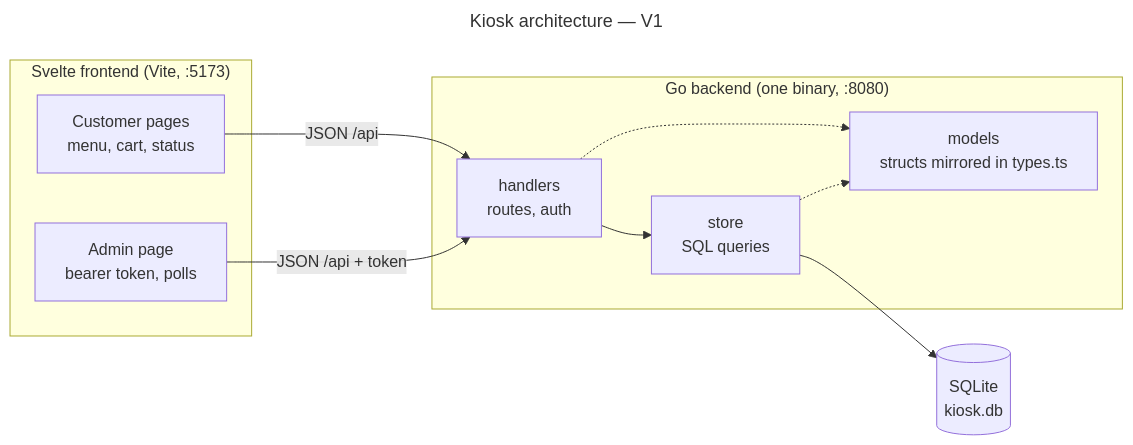
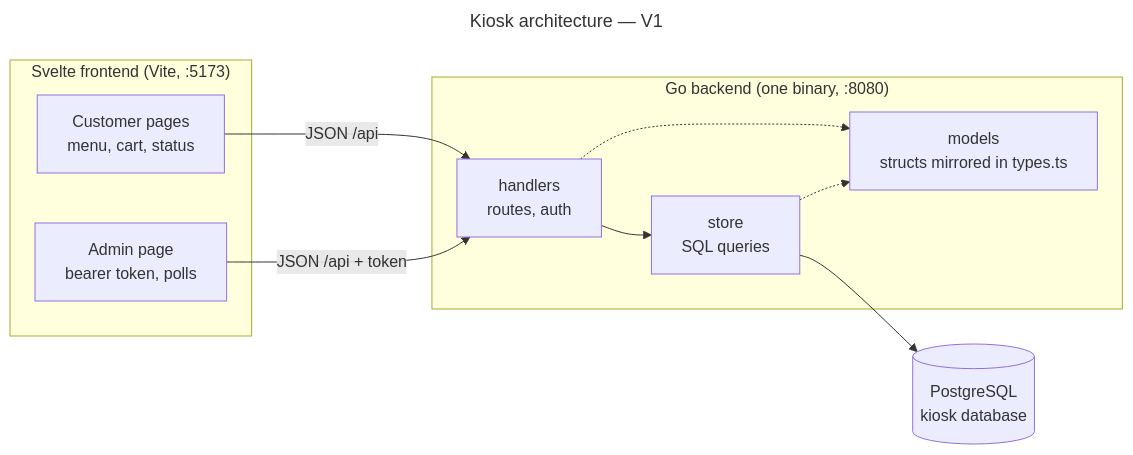
The diagram in backend/v1Architecture.mmd (JadonLee8/CSCE331Project3Hosting), drawn with Mermaid before and after one commit. The commit also changed 1 other file, not shown here.

Commit message:
Added updated architecture diagram

```diff
--- a/backend/v1Architecture.mmd
+++ b/backend/v1Architecture.mmd
@@ -1,23 +1,23 @@
 ---
 title: Kiosk architecture — V1
 ---
 flowchart LR
     subgraph FE["Svelte frontend (Vite, :5173)"]
         C["Customer pages<br/>menu, cart, status"]
         A["Admin page<br/>bearer token, polls"]
     end
 
     subgraph BE["Go backend (one binary, :8080)"]
         H["handlers<br/>routes, auth"]
         S["store<br/>SQL queries"]
         M["models<br/>structs mirrored in types.ts"]
         H --> S
         H -.-> M
         S -.-> M
     end
 
-    DB[("SQLite<br/>kiosk.db")]
+    DB[("PostgreSQL<br/>kiosk database")]
 
     C -- "JSON /api" --> H
     A -- "JSON /api + token" --> H
     S --> DB
```
